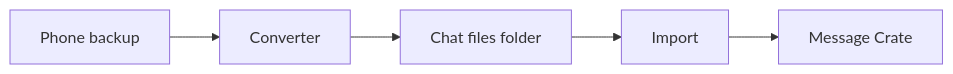
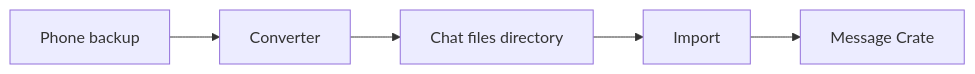
The first of 2 diagrams in docs/src/content/docs/docs/developer/message-transfer.md (messagecrate/message-crate), drawn with Mermaid before and after one commit. The commit also changed other lines of this file and 279 other files, not shown here.

First line of the commit message:
Say "directory", never "folder", everywhere

````diff
--- a/docs/src/content/docs/docs/developer/message-transfer.md
+++ b/docs/src/content/docs/docs/developer/message-transfer.md
@@ -16,7 +16,7 @@
 ```mermaid
 flowchart LR
   backups[Phone backup] --> converter[Converter]
-  converter --> folder[Chat files folder]
-  folder --> import[Import]
+  converter --> directory[Chat files directory]
+  directory --> import[Import]
   import --> server[Message Crate]
 ```
````
